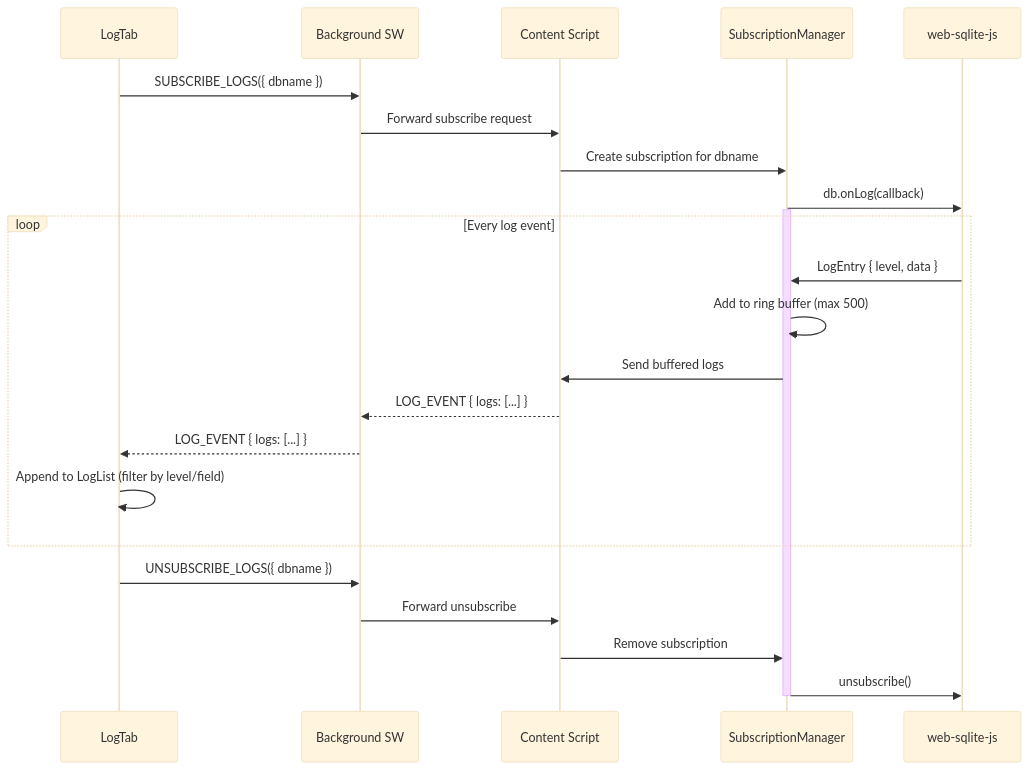
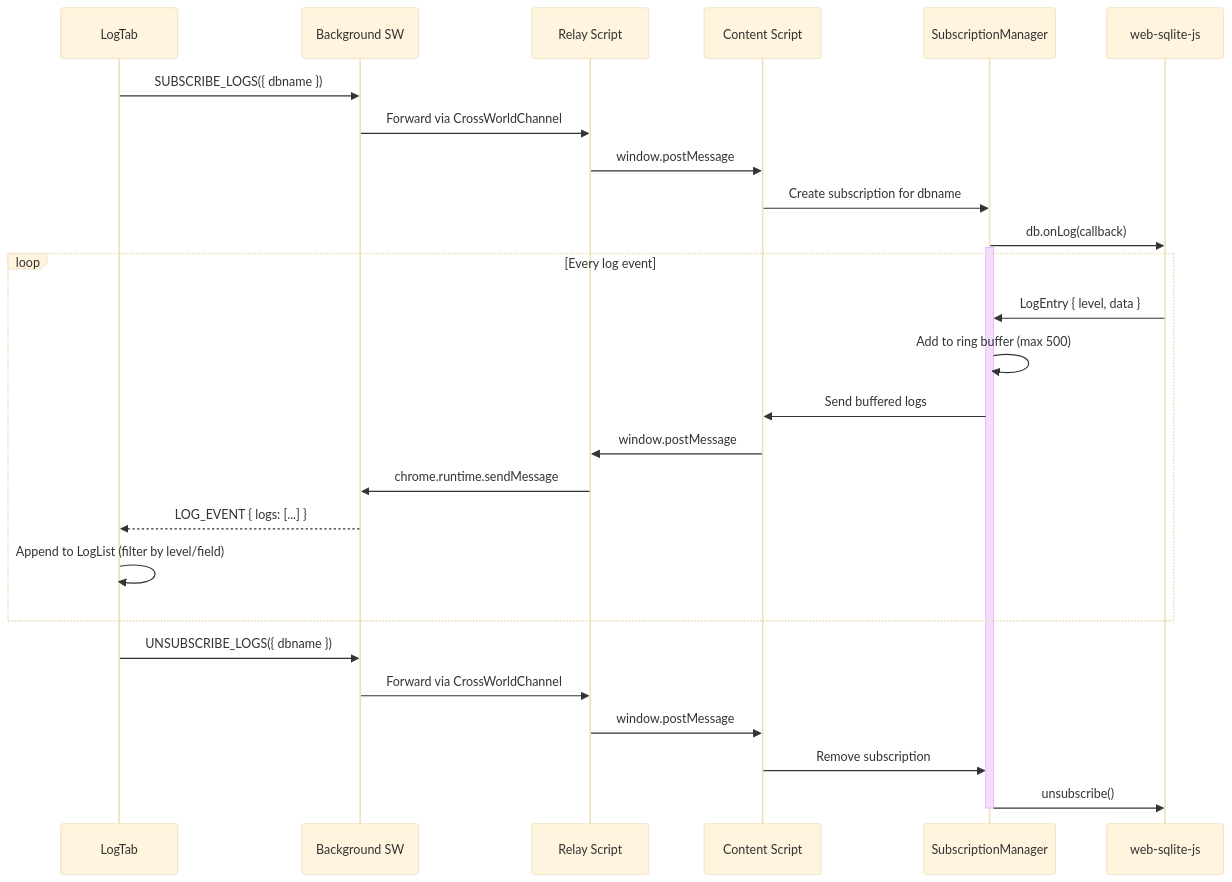
The fourth of 14 diagrams in agent-docs/03-architecture/02-dataflow.md (wuchuheng/web-sqlite-js-devtools), drawn with Mermaid (base theme) before and after one commit. The commit also changed other lines of this file and 18 other files, not shown here.

````diff
--- a/agent-docs/03-architecture/02-dataflow.md
+++ b/agent-docs/03-architecture/02-dataflow.md
@@ -99,29 +99,33 @@
 ```mermaid
 sequenceDiagram
     participant Panel as LogTab
     participant BG as Background SW
+    participant Relay as Relay Script
     participant CS as Content Script
     participant Sub as SubscriptionManager
     participant DB as web-sqlite-js
 
     Panel->>BG: SUBSCRIBE_LOGS({ dbname })
-    BG->>CS: Forward subscribe request
+    BG->>Relay: Forward via CrossWorldChannel
+    Relay->>CS: window.postMessage
     CS->>Sub: Create subscription for dbname
     Sub->>DB: db.onLog(callback)
     activate Sub
 
     loop Every log event
         DB->>Sub: LogEntry { level, data }
         Sub->>Sub: Add to ring buffer (max 500)
         Sub->>CS: Send buffered logs
-        CS-->>BG: LOG_EVENT { logs: [...] }
+        CS->>Relay: window.postMessage
+        Relay->>BG: chrome.runtime.sendMessage
         BG-->>Panel: LOG_EVENT { logs: [...] }
         Panel->>Panel: Append to LogList (filter by level/field)
     end
 
     Panel->>BG: UNSUBSCRIBE_LOGS({ dbname })
-    BG->>CS: Forward unsubscribe
+    BG->>Relay: Forward via CrossWorldChannel
+    Relay->>CS: window.postMessage
     CS->>Sub: Remove subscription
     Sub->>DB: unsubscribe()
     deactivate Sub
 ```
````
